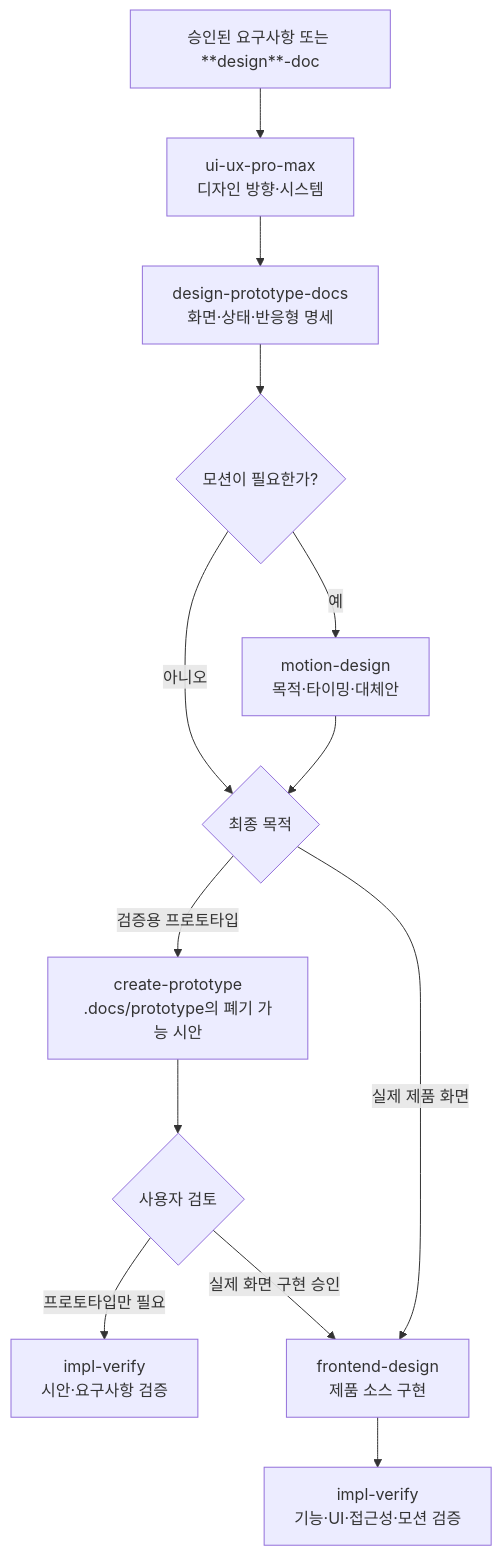
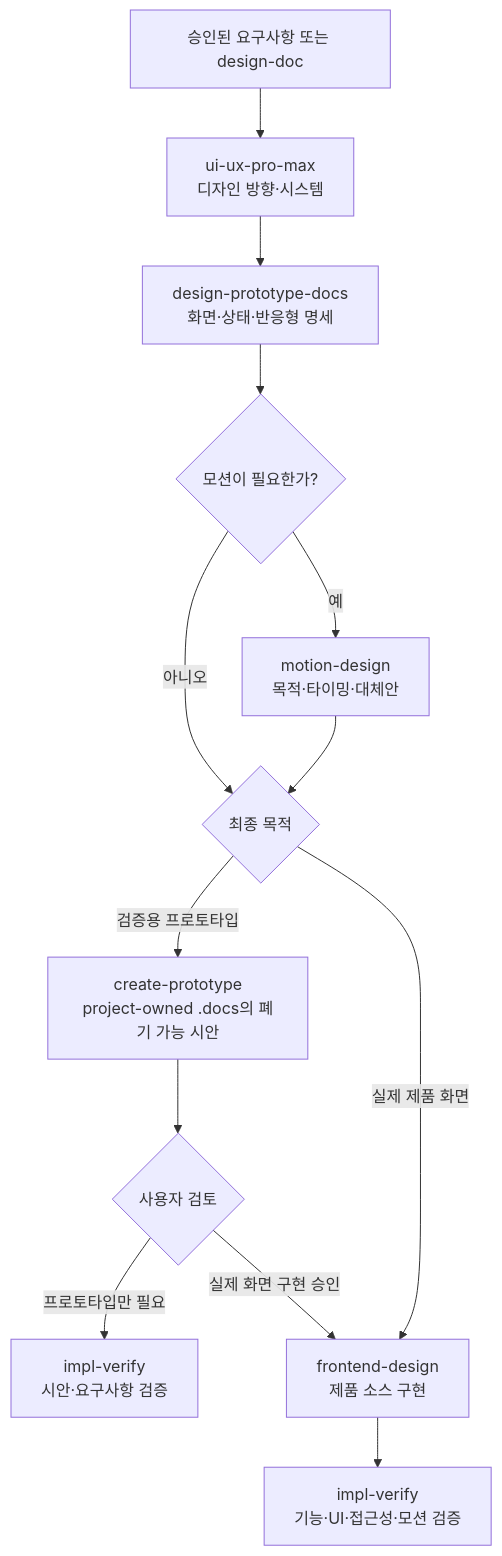
Before and after one commit to hb9397/ai-agent-harness-docs: the second of 2 diagrams in README.md, drawn with Mermaid. The commit also changed other lines of this file and 5 other files, not shown here.

````diff
--- a/README.md
+++ b/README.md
@@ -314,17 +326,17 @@
 ```mermaid
 flowchart TD
-    R["승인된 요구사항 또는 **design**-doc"] --> U["ui-ux-pro-max<br/>디자인 방향·시스템"]
+    R["승인된 요구사항 또는 design-doc"] --> U["ui-ux-pro-max<br/>디자인 방향·시스템"]
     U --> S["design-prototype-docs<br/>화면·상태·반응형 명세"]
     S --> M{"모션이 필요한가?"}
     M -->|"예"| MD["motion-design<br/>목적·타이밍·대체안"]
     M -->|"아니오"| B{"최종 목적"}
     MD --> B
 
-    B -->|"검증용 프로토타입"| P["create-prototype<br/>.docs/prototype의 폐기 가능 시안"]
+    B -->|"검증용 프로토타입"| P["create-prototype<br/>project-owned .docs의 폐기 가능 시안"]
     P --> A{"사용자 검토"}
     A -->|"프로토타입만 필요"| PV["impl-verify<br/>시안·요구사항 검증"]
     A -->|"실제 화면 구현 승인"| F["frontend-design<br/>제품 소스 구현"]
 
     B -->|"실제 제품 화면"| F
     F --> V["impl-verify<br/>기능·UI·접근성·모션 검증"]
 ```
````
